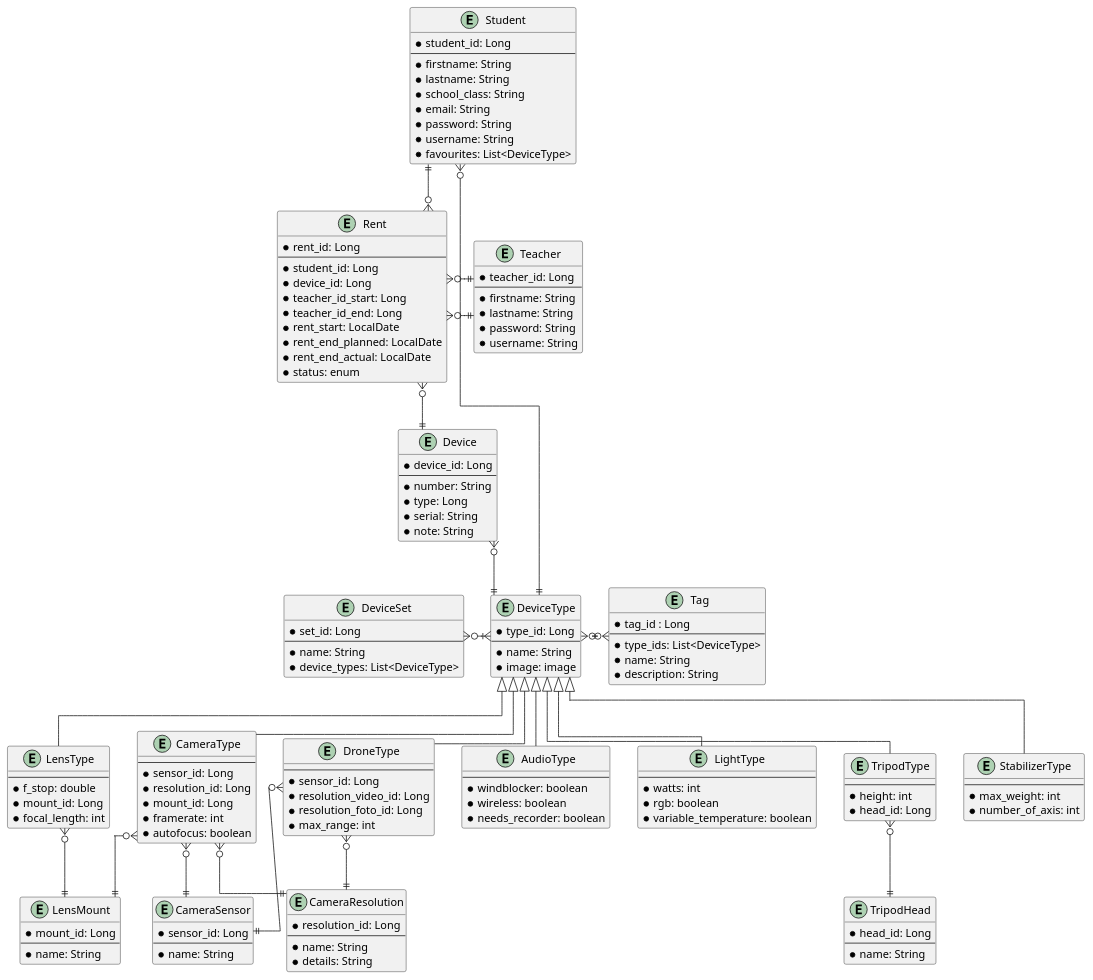
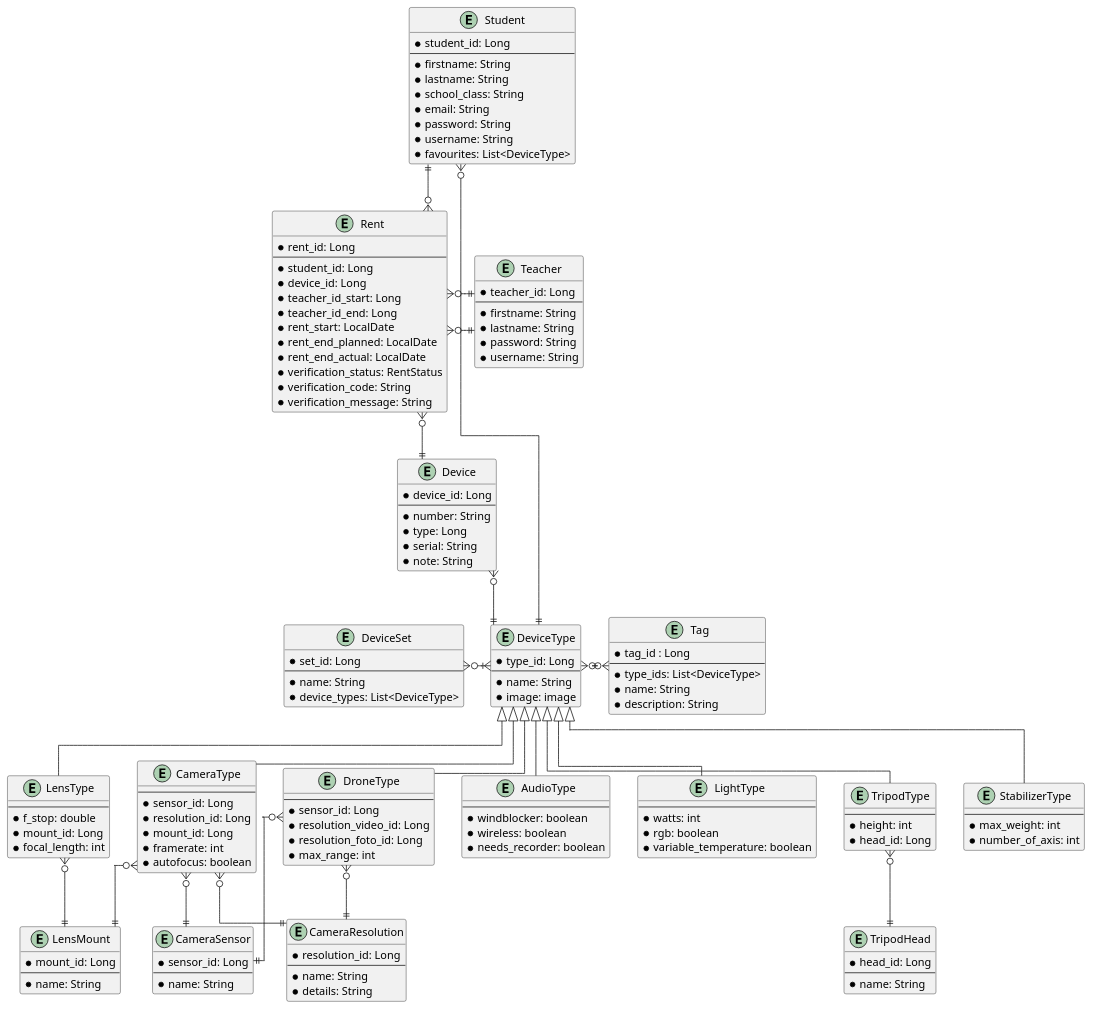
One commit to htl-leo-itp-2325-4-5BHITM/cam-connect changed the diagram in docs/uml.puml. Above: the diagram before and after it, drawn with PlantUML. The commit also changed 5 other files, not shown here.

```diff
--- a/docs/uml.puml
+++ b/docs/uml.puml
@@ -1,171 +1,172 @@
 @startuml
    skinparam linetype ortho
 
    entity DeviceType {
         * type_id: Long
         --
         * name: String
         * image: image
     }
 
     entity CameraType {
         --
         * sensor_id: Long
         * resolution_id: Long
         * mount_id: Long
         * framerate: int
         * autofocus: boolean
     }
 
     entity DroneType {
         --
         * sensor_id: Long
         * resolution_video_id: Long
         * resolution_foto_id: Long
         * max_range: int
     }
 
     entity LensType {
         --
         * f_stop: double
         * mount_id: Long
         * focal_length: int
     }
 
     entity AudioType {
         --
         * windblocker: boolean
         * wireless: boolean
         * needs_recorder: boolean
     }
 
     entity LightType {
         --
         * watts: int
         * rgb: boolean
         * variable_temperature: boolean
     }
 
     entity TripodType {
         --
         * height: int
         * head_id: Long
     }
 
     entity StabilizerType {
         --
         * max_weight: int
         * number_of_axis: int
     }
 
     DeviceType <|-down- CameraType
     DeviceType <|-down- AudioType
     DeviceType <|-down- LightType
     DeviceType <|-down- TripodType
     DeviceType <|-down- StabilizerType
     DeviceType <|-down- DroneType
     DeviceType <|-down- LensType
 
     entity TripodHead {
         * head_id: Long
         --
         * name: String
     }
 
     entity LensMount {
         * mount_id: Long
         --
         * name: String
     }
 
     entity CameraSensor {
         * sensor_id: Long
         --
         * name: String
     }
 
     entity CameraResolution {
         * resolution_id: Long
         --
         * name: String
         * details: String
     }
 
     TripodType }o--|| TripodHead
     LensType }o--|| LensMount
     CameraType }o--|| LensMount
     CameraType }o--|| CameraSensor
     DroneType }o--|| CameraSensor
     DroneType }o--|| CameraResolution
     CameraType }o--|| CameraResolution
 
     entity Device {
         * device_id: Long
         --
         * number: String
         * type: Long
         * serial: String
         * note: String
     }
 
     entity Rent{
         * rent_id: Long
         --
         * student_id: Long
         * device_id: Long
         * teacher_id_start: Long
         * teacher_id_end: Long
         * rent_start: LocalDate
         * rent_end_planned: LocalDate
         * rent_end_actual: LocalDate
-        ' status is waiting for confirmation, confirmed, declined
-        * status: enum
+        * verification_status: RentStatus
+        * verification_code: String
+        * verification_message: String
     }
 
     entity Tag {
         * tag_id : Long
         --
         * type_ids: List<DeviceType>
         * name: String
         * description: String
     }
 
     entity Student {
         * student_id: Long
         --
         * firstname: String
         * lastname: String
         * school_class: String
         * email: String
         * password: String
         * username: String
         * favourites: List<DeviceType>
     }
 
     entity Teacher {
         * teacher_id: Long
         --
         * firstname: String
         * lastname: String
         * password: String
         * username: String
     }
 
      entity DeviceSet {
         * set_id: Long
         --
         * name: String
         * device_types: List<DeviceType>
     }
 
     Device }o-down-|| DeviceType
     DeviceType }|-left-o{ DeviceSet
     DeviceType }o-right-o{ Tag
 
     Rent }o--|| Device
     Rent }o-up-|| Student
     Rent }o-right-|| Teacher
     Rent }o-right-|| Teacher
 
     Student }o--|| DeviceType
 @enduml
```
